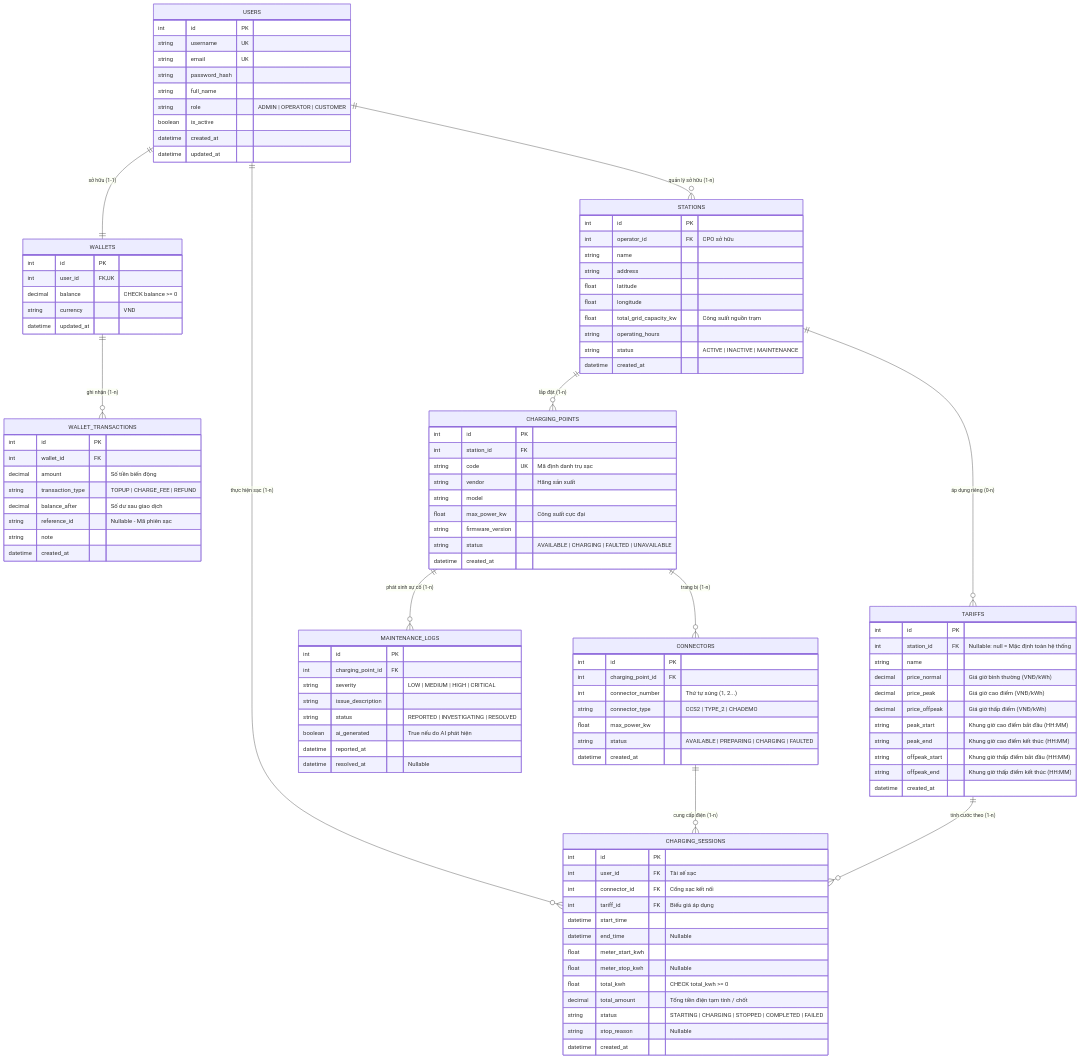
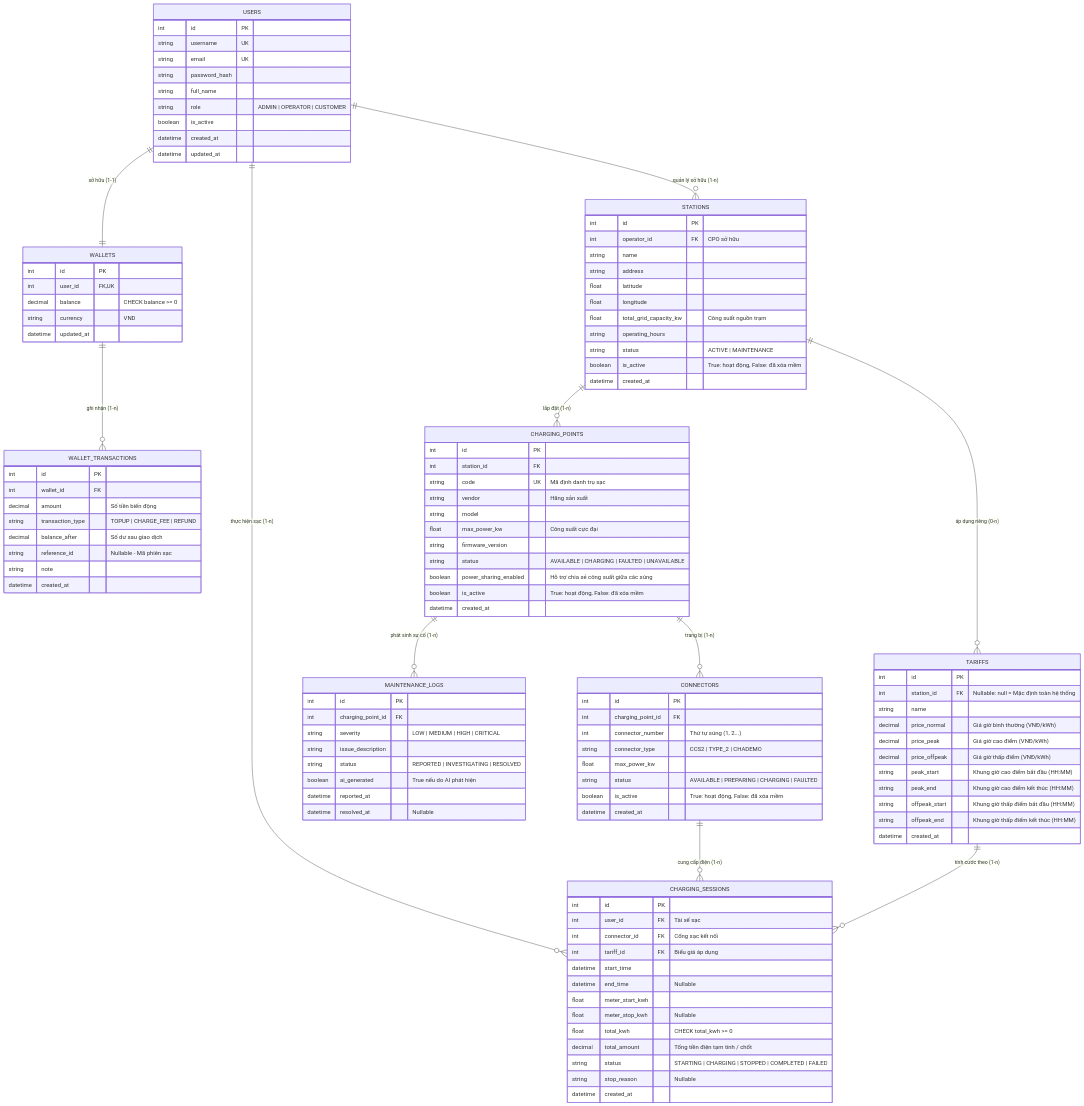
One commit to dtc245010004-creator/My-Software-Team changed the diagram in docs/SDLC/KT1/02_Database_Design_ERD.md. Above: the diagram before and after it, drawn with Mermaid. The commit also changed other lines of this file and 95 other files, not shown here.

```diff
--- a/docs/SDLC/KT1/02_Database_Design_ERD.md
+++ b/docs/SDLC/KT1/02_Database_Design_ERD.md
@@ -74,7 +74,8 @@
         float longitude
         float total_grid_capacity_kw "Công suất nguồn trạm"
         string operating_hours
-        string status "ACTIVE | INACTIVE | MAINTENANCE"
+        string status "ACTIVE | MAINTENANCE"
+        boolean is_active "True: hoạt động, False: đã xóa mềm"
         datetime created_at
     }
 
@@ -87,6 +88,8 @@
         float max_power_kw "Công suất cực đại"
         string firmware_version
         string status "AVAILABLE | CHARGING | FAULTED | UNAVAILABLE"
+        boolean power_sharing_enabled "Hỗ trợ chia sẻ công suất giữa các súng"
+        boolean is_active "True: hoạt động, False: đã xóa mềm"
         datetime created_at
     }
 
@@ -97,6 +100,7 @@
         string connector_type "CCS2 | TYPE_2 | CHADEMO"
         float max_power_kw
         string status "AVAILABLE | PREPARING | CHARGING | FAULTED"
+        boolean is_active "True: hoạt động, False: đã xóa mềm"
         datetime created_at
     }
 
```
